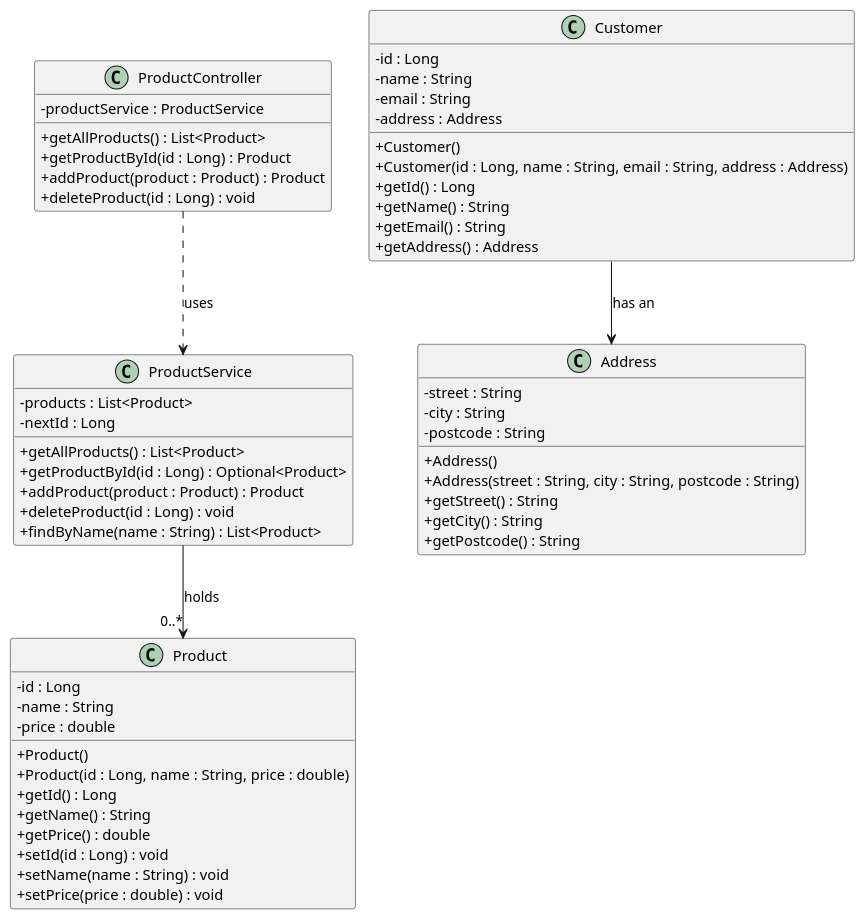
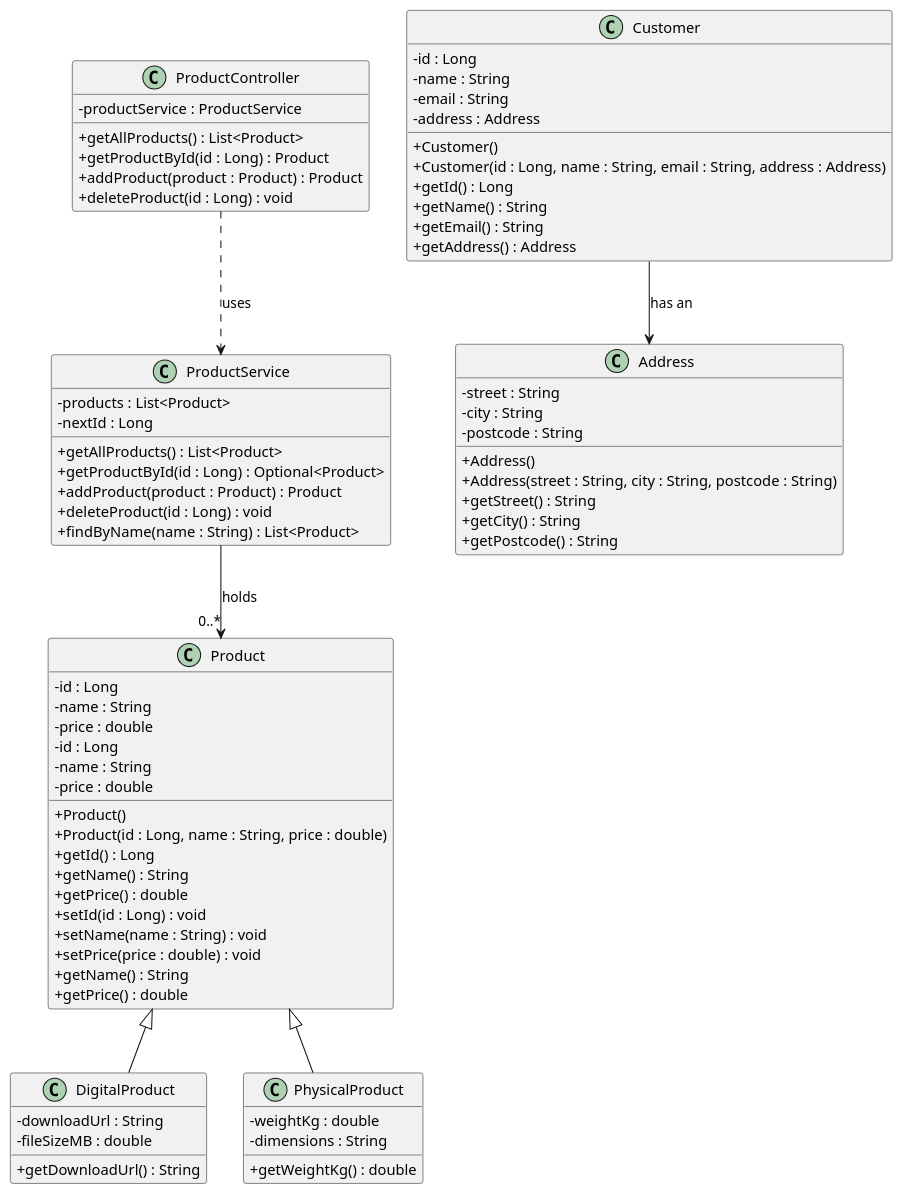
Before and after one commit to ChanithaAbey/Products-API: the diagram in docs/uml/Tutorial3_ClassDiagram.puml, drawn with PlantUML. The commit also changed 3 other files, not shown here.

Commit message:
Tutorial 4: inheritance hierarchy — DigitalProduct and PhysicalProduct

```diff
--- a/docs/uml/Tutorial3_ClassDiagram.puml
+++ b/docs/uml/Tutorial3_ClassDiagram.puml
@@ -1,68 +1,89 @@
 @startuml
 skinparam classAttributeIconSize 0
 
 class ProductController {
   - productService : ProductService
   + getAllProducts() : List<Product>
   + getProductById(id : Long) : Product
   + addProduct(product : Product) : Product
   + deleteProduct(id : Long) : void
 }
 
 class ProductService {
   - products : List<Product>
   - nextId : Long
   + getAllProducts() : List<Product>
   + getProductById(id : Long) : Optional<Product>
   + addProduct(product : Product) : Product
   + deleteProduct(id : Long) : void
   + findByName(name : String) : List<Product>
 }
 
 class Product {
   - id : Long
   - name : String
   - price : double
   + Product()
   + Product(id : Long, name : String, price : double)
   + getId() : Long
   + getName() : String
   + getPrice() : double
   + setId(id : Long) : void
   + setName(name : String) : void
   + setPrice(price : double) : void
 }
 
 class Customer {
   - id : Long
   - name : String
   - email : String
   - address : Address
   + Customer()
   + Customer(id : Long, name : String, email : String, address : Address)
   + getId() : Long
   + getName() : String
   + getEmail() : String
   + getAddress() : Address
 }
 
 class Address {
   - street : String
   - city : String
   - postcode : String
   + Address()
   + Address(street : String, city : String, postcode : String)
   + getStreet() : String
   + getCity() : String
   + getPostcode() : String
 }
 
+class Product {
+- id : Long
+- name : String
+- price : double
++ getName() : String
++ getPrice() : double
+}
+class DigitalProduct {
+- downloadUrl : String
+- fileSizeMB : double
++ getDownloadUrl() : String
+}
+class PhysicalProduct {
+- weightKg : double
+- dimensions : String
++ getWeightKg() : double
+}
+' <|-- is the inheritance arrow. The PARENT goes on the left.
+Product <|-- DigitalProduct
+Product <|-- PhysicalProduct
+
 ' dependency: dashed line, open arrow
 ProductController ..> ProductService : uses
 
 ' association: solid line
 ProductService --> "0..*" Product : holds
 
 Customer --> Address : has an
 
 @enduml
```
